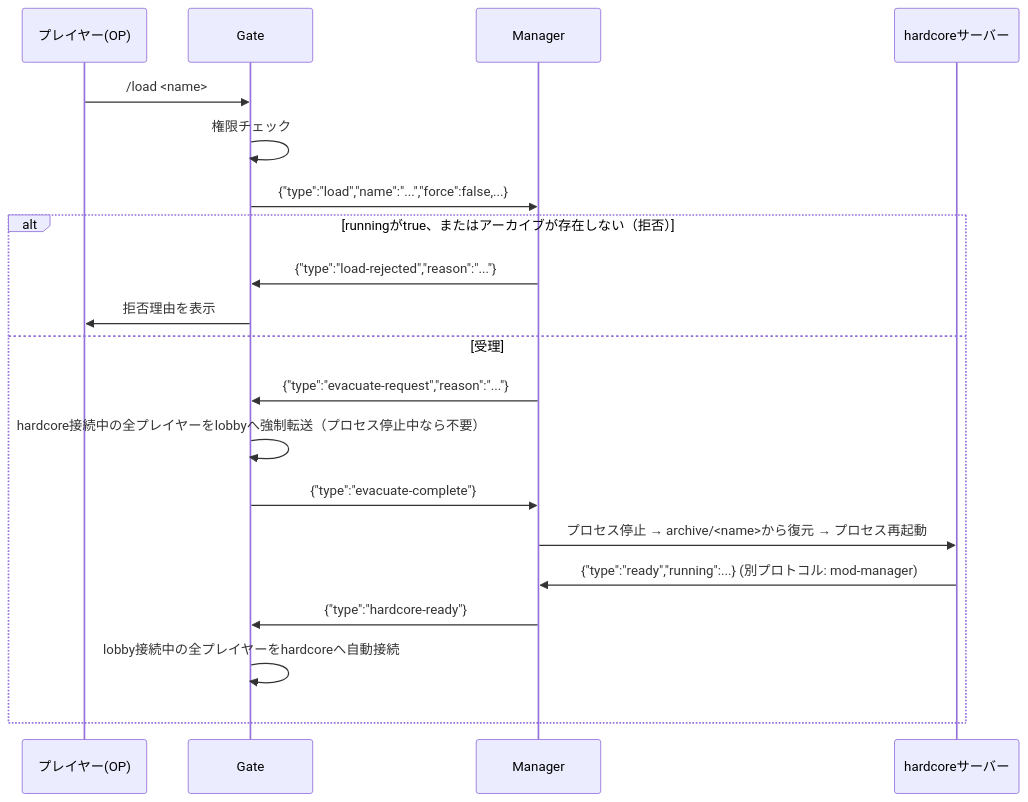
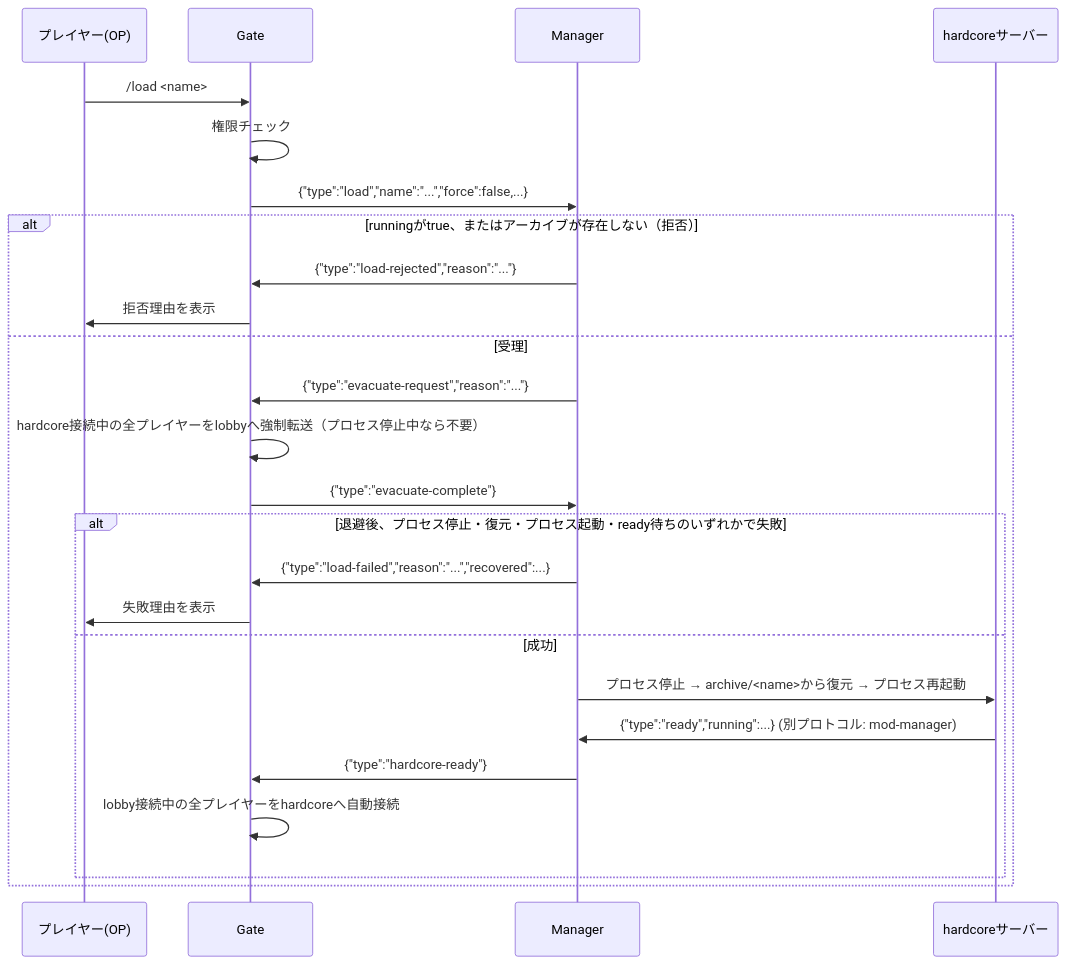
The second of 4 diagrams in docs/protocol-gate-manager.md (RayLight1732/hardcore-together-manager), drawn with Mermaid before and after one commit. The commit also changed other lines of this file and 2 other files, not shown here.

Commit message:
docs: hardcore-together-docsから同期 (#15)

````diff
--- a/docs/protocol-gate-manager.md
+++ b/docs/protocol-gate-manager.md
@@ -240,23 +295,28 @@
 ```mermaid
 sequenceDiagram
     participant P as プレイヤー(OP)
     participant G as Gate
     participant M as Manager
     participant H as hardcoreサーバー
 
     P->>G: /load <name>
     G->>G: 権限チェック
     G->>M: {"type":"load","name":"...","force":false,...}
     alt runningがtrue、またはアーカイブが存在しない（拒否）
         M->>G: {"type":"load-rejected","reason":"..."}
         G->>P: 拒否理由を表示
     else 受理
         M->>G: {"type":"evacuate-request","reason":"..."}
         G->>G: hardcore接続中の全プレイヤーをlobbyへ強制転送（プロセス停止中なら不要）
         G->>M: {"type":"evacuate-complete"}
-        M->>H: プロセス停止 → archive/<name>から復元 → プロセス再起動
-        H->>M: {"type":"ready","running":...}  (別プロトコル: mod-manager)
-        M->>G: {"type":"hardcore-ready"}
-        G->>G: lobby接続中の全プレイヤーをhardcoreへ自動接続
+        alt 退避後、プロセス停止・復元・プロセス起動・ready待ちのいずれかで失敗
+            M->>G: {"type":"load-failed","reason":"...","recovered":...}
+            G->>P: 失敗理由を表示
+        else 成功
+            M->>H: プロセス停止 → archive/<name>から復元 → プロセス再起動
+            H->>M: {"type":"ready","running":...}  (別プロトコル: mod-manager)
+            M->>G: {"type":"hardcore-ready"}
+            G->>G: lobby接続中の全プレイヤーをhardcoreへ自動接続
+        end
     end
 ```
````
